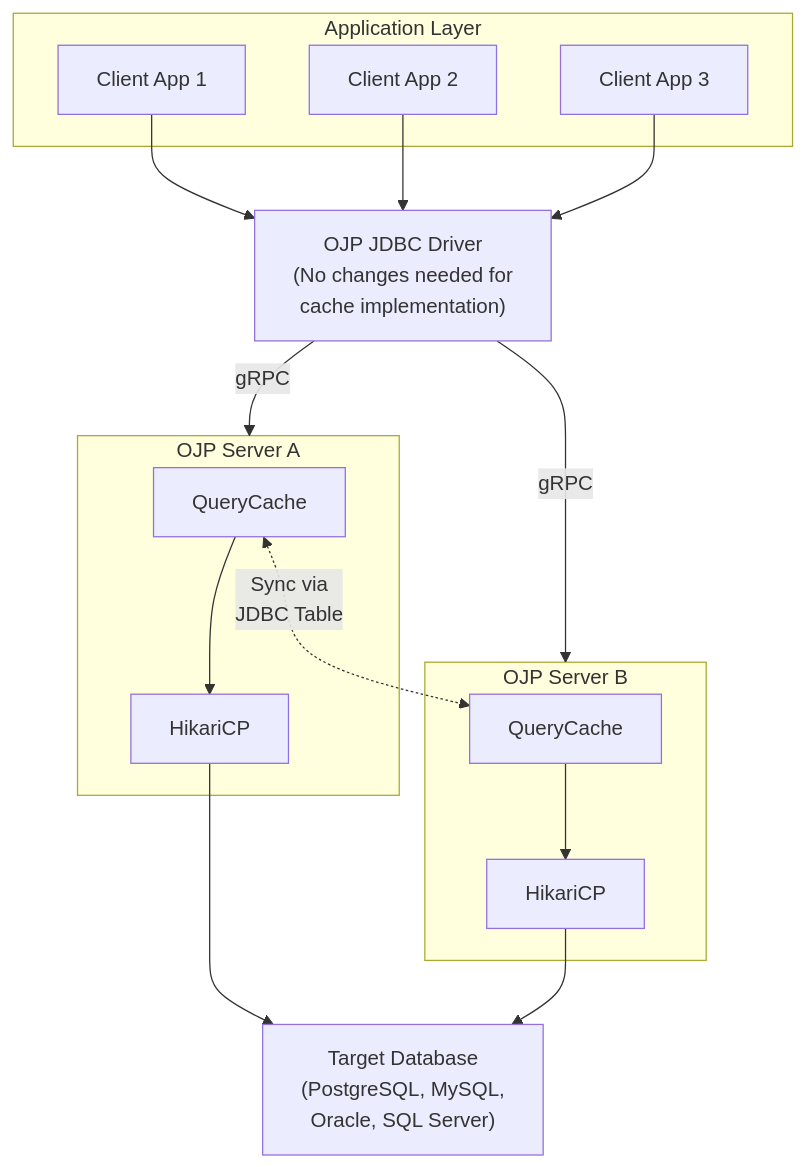
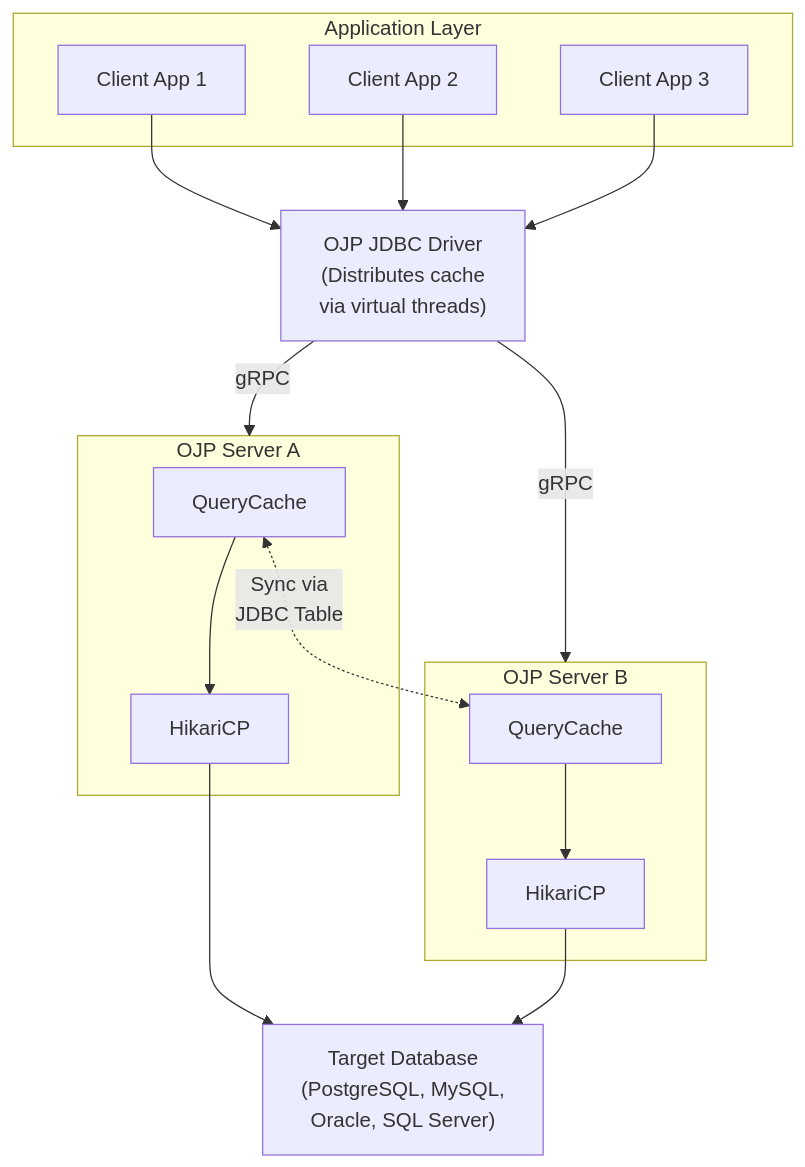
The diagram in documents/analysis/CACHING_ANALYSIS_SUMMARY.md (sisv1der/ojp), drawn with Mermaid before and after one commit. The commit also changed other lines of this file and 2 other files, not shown here.

````diff
--- a/documents/analysis/CACHING_ANALYSIS_SUMMARY.md
+++ b/documents/analysis/CACHING_ANALYSIS_SUMMARY.md
@@ -172,36 +179,36 @@
 ```mermaid
 graph TD
     subgraph Application["Application Layer"]
         App1["Client App 1"]
         App2["Client App 2"]
         App3["Client App 3"]
     end
     
     App1 --> Driver
     App2 --> Driver
     App3 --> Driver
     
-    Driver["OJP JDBC Driver<br/>(No changes needed for<br/>cache implementation)"]
+    Driver["OJP JDBC Driver<br/>(Distributes cache<br/>via virtual threads)"]
     
     Driver -->|gRPC| ServerA
     Driver -->|gRPC| ServerB
     
     subgraph ServerA["OJP Server A"]
         CacheA["QueryCache"]
         PoolA["HikariCP"]
         CacheA --> PoolA
     end
     
     subgraph ServerB["OJP Server B"]
         CacheB["QueryCache"]
         PoolB["HikariCP"]
         CacheB --> PoolB
     end
     
     CacheA <-.->|"Sync via<br/>JDBC Table"| CacheB
     
     PoolA --> DB
     PoolB --> DB
     
     DB["Target Database<br/>(PostgreSQL, MySQL,<br/>Oracle, SQL Server)"]
 ```
````
